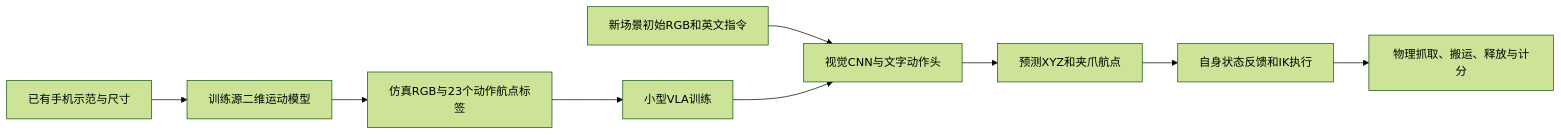
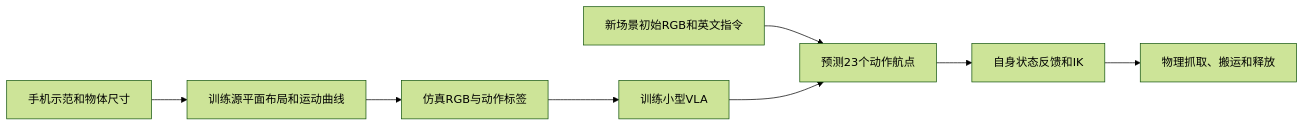
One commit to MingxS-cs/ring-placement changed the diagram in docs/tiny_vla_results_zh.md. Above: the diagram before and after it, drawn with Mermaid (forest theme). The commit also changed other lines of this file and 30 other files, not shown here.

````diff
--- a/docs/tiny_vla_results_zh.md
+++ b/docs/tiny_vla_results_zh.md
@@ -7,11 +11,10 @@
 ```mermaid
 flowchart LR
-    A[已有手机示范与尺寸] --> B[训练源二维运动模型]
-    B --> C[仿真RGB与23个动作航点标签]
-    C --> D[小型VLA训练]
-    E[新场景初始RGB和英文指令] --> F[视觉CNN与文字动作头]
+    A[手机示范和物体尺寸] --> B[训练源平面布局和运动曲线]
+    B --> C[仿真RGB与动作标签]
+    C --> D[训练小型VLA]
+    E[新场景初始RGB和英文指令] --> F[预测23个动作航点]
     D --> F
-    F --> G[预测XYZ和夹爪航点]
-    G --> H[自身状态反馈和IK执行]
-    H --> I[物理抓取、搬运、释放与计分]
+    F --> G[自身状态反馈和IK]
+    G --> H[物理抓取、搬运和释放]
 ```
````
